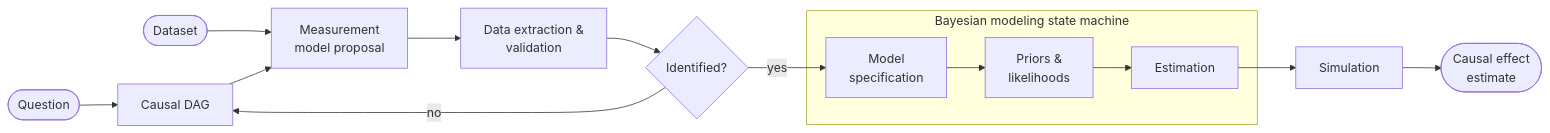
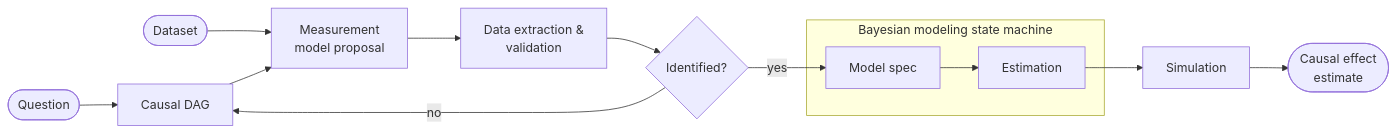
One commit to ma9o/causal-ssm-agent changed the diagram in README.md. Above: the diagram before and after it, drawn with Mermaid.

````diff
--- a/README.md
+++ b/README.md
@@ -14,24 +14,23 @@
 ```mermaid
 flowchart LR
   Q(["Question"])
   DS(["Dataset"])
   L["Causal DAG"]
   M["Measurement\nmodel proposal"]
   DSC["Data extraction &\nvalidation"]
   ID{"Identified?"}
-  MS["Model\nspecification"]
-  P["Priors &\nlikelihoods"]
+  MS["Model spec"]
   EST["Estimation"]
   SIM["Simulation"]
   R(["Causal effect\nestimate"])
 
   Q --> L 
   DS --> M 
   L --> M --> DSC --> ID
   ID -- yes --> MS
   subgraph Bayesian modeling state machine 
-  MS --> P --> EST
+  MS --> EST
   end
   EST --> SIM --> R
   ID -- no --> L
 ```
````
